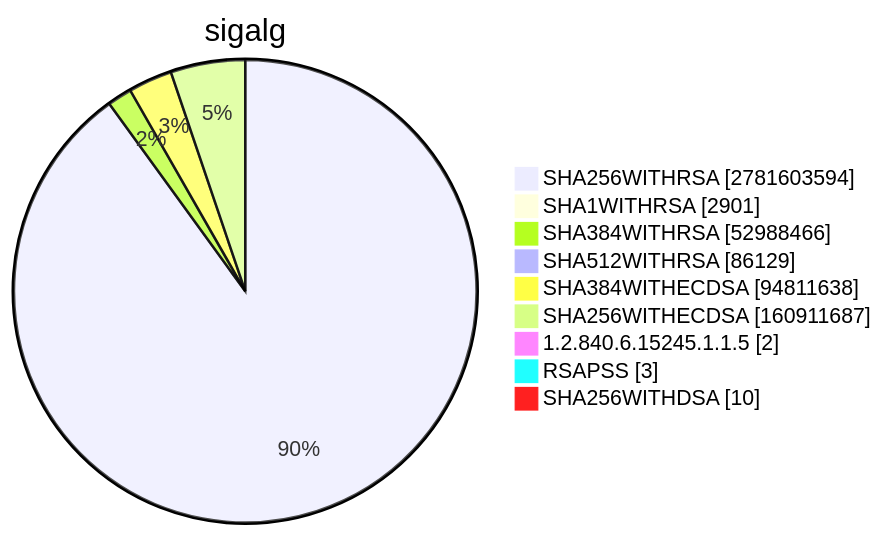
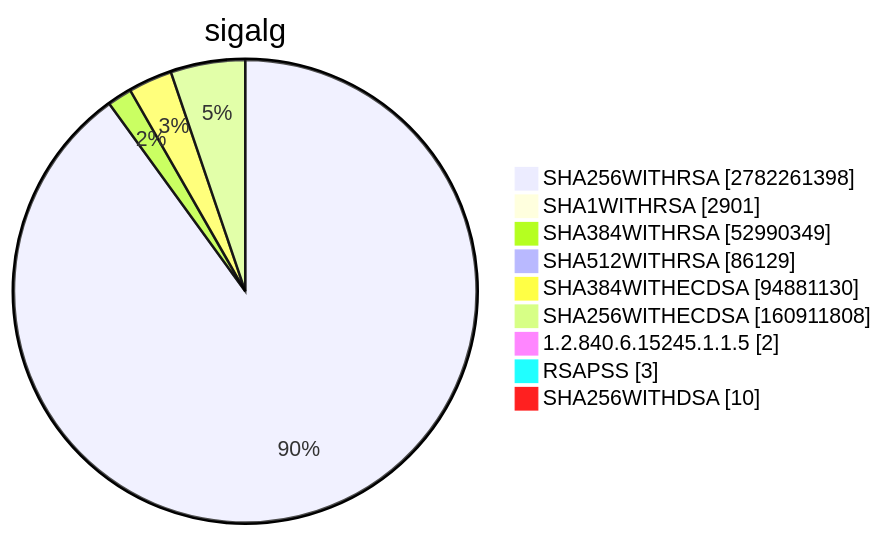
Before and after one commit to christiankrug/ctmonitor_visualization: diagram 15 of 15 in TOTAL/README.md, drawn with Mermaid. The commit also changed other lines of this file, not shown here.

````diff
--- a/TOTAL/README.md
+++ b/TOTAL/README.md
@@ -6207,13 +6207,13 @@
 ```mermaid
 pie showData
 title sigalg
-"SHA256WITHRSA" :2781603594
+"SHA256WITHRSA" :2782261398
 "SHA1WITHRSA" :2901
-"SHA384WITHRSA" :52988466
+"SHA384WITHRSA" :52990349
 "SHA512WITHRSA" :86129
-"SHA384WITHECDSA" :94811638
-"SHA256WITHECDSA" :160911687
+"SHA384WITHECDSA" :94881130
+"SHA256WITHECDSA" :160911808
 "1.2.840.6.15245.1.1.5" :2
 "RSAPSS" :3
 "SHA256WITHDSA" :10
 ```
````
